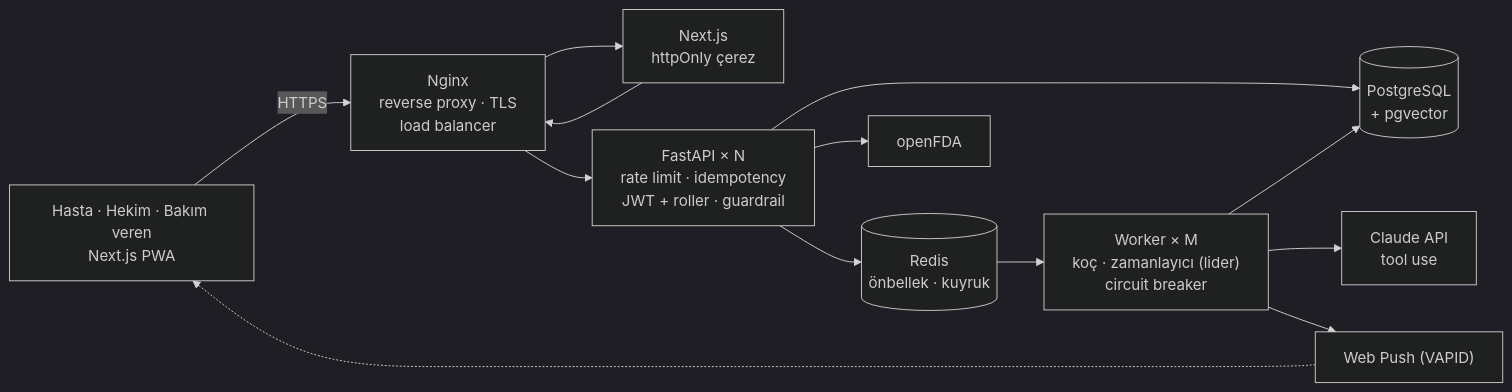
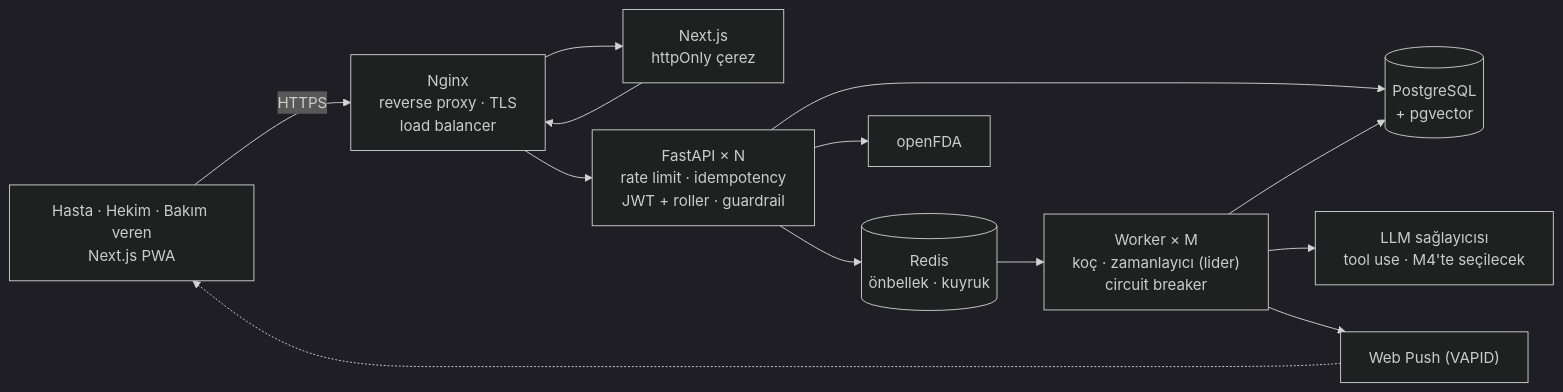
The diagram in README.md (Nisagwn/ilac-uyum-kocu), drawn with Mermaid (dark theme) before and after one commit. The commit also changed other lines of this file and 6 other files, not shown here.

````diff
--- a/README.md
+++ b/README.md
@@ -43,13 +43,13 @@
 ```mermaid
 flowchart LR
     U["Hasta · Hekim · Bakım veren<br/>Next.js PWA"] -- HTTPS --> NGX["Nginx<br/>reverse proxy · TLS<br/>load balancer"]
     NGX --> PX["Next.js<br/>httpOnly çerez"] --> NGX
     NGX --> API["FastAPI × N<br/>rate limit · idempotency<br/>JWT + roller · guardrail"]
     API --> DB[("PostgreSQL<br/>+ pgvector")]
     API --> RD[("Redis<br/>önbellek · kuyruk")]
     API --> FDA["openFDA"]
     RD --> WK["Worker × M<br/>koç · zamanlayıcı (lider)<br/>circuit breaker"]
-    WK --> LLM["Claude API<br/>tool use"]
+    WK --> LLM["LLM sağlayıcısı<br/>tool use · M4'te seçilecek"]
     WK --> DB
     WK --> WP["Web Push (VAPID)"] -.-> U
 ```
````
